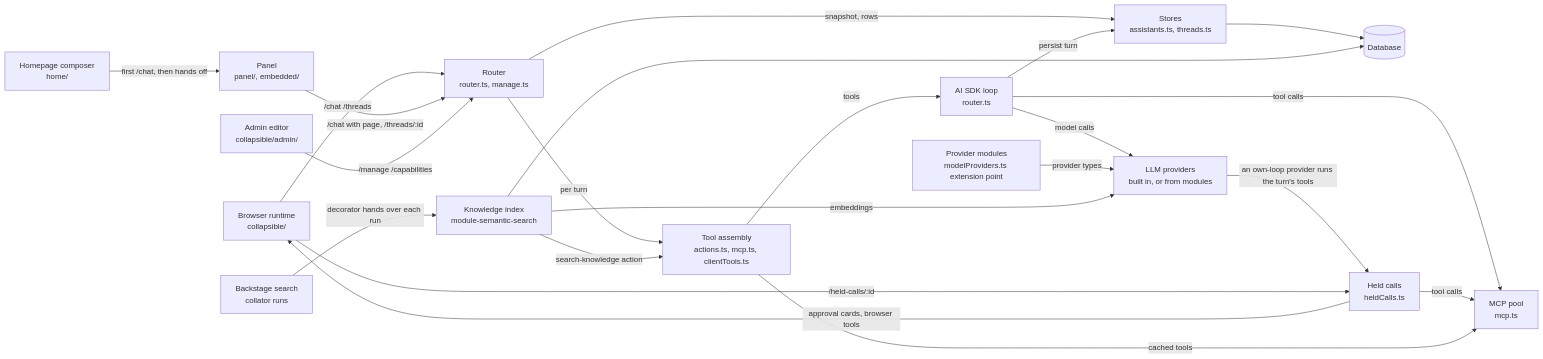
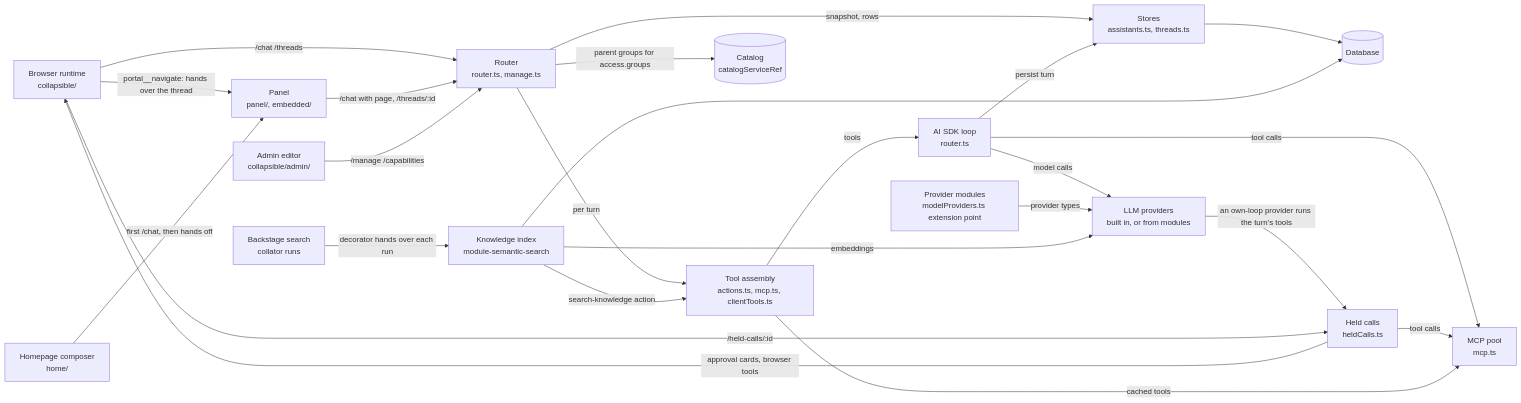
Before and after one commit to drewswiredin/backstage-assistants: the first of 10 diagrams in docs/architecture.md, drawn with Mermaid. The commit also changed other lines of this file and 2 other files, not shown here.

First line of the commit message:
docs: diagrams and maps for parent groups, the tool cache, and portal__navigate

````diff
--- a/docs/architecture.md
+++ b/docs/architecture.md
@@ -27,39 +28,42 @@
 ```mermaid
 flowchart LR
   RT["Browser runtime\ncollapsible/"]
   PN["Panel\npanel/, embedded/"]
   HO["Homepage composer\nhome/"]
   ED["Admin editor\ncollapsible/admin/"]
   RO["Router\nrouter.ts, manage.ts"]
   TA["Tool assembly\nactions.ts, mcp.ts, clientTools.ts"]
   LP["AI SDK loop\nrouter.ts"]
   ST["Stores\nassistants.ts, threads.ts"]
   MP["MCP pool\nmcp.ts"]
   KI["Knowledge index\nmodule-semantic-search"]
   DB[("Database")]
   PV["LLM providers\nbuilt in, or from modules"]
   PM["Provider modules\nmodelProviders.ts extension point"]
   HC["Held calls\nheldCalls.ts"]
+  CT[("Catalog\ncatalogServiceRef")]
   RT -->|"/chat /threads"| RO
+  RT -->|"portal__navigate: hands over the thread"| PN
+  RO -->|"parent groups for access.groups"| CT
   PN -->|"/chat with page, /threads/:id"| RO
   HO -->|"first /chat, then hands off"| PN
   ED -->|"/manage /capabilities"| RO
   RO -->|"per turn"| TA
   TA -->|"tools"| LP
   RO -->|"snapshot, rows"| ST
   LP -->|"persist turn"| ST
   LP -->|"model calls"| PV
   LP -->|"tool calls"| MP
   PM -->|"provider types"| PV
   PV -->|"an own-loop provider runs the turn's tools"| HC
   HC -->|"approval cards, browser tools"| RT
   RT -->|"/held-calls/:id"| HC
   HC -->|"tool calls"| MP
   TA -->|"cached tools"| MP
   ST --> DB
   SR["Backstage search\ncollator runs"]
   SR -->|"decorator hands over each run"| KI
   KI -->|"search-knowledge action"| TA
   KI -->|"embeddings"| PV
   KI --> DB
 ```
````
